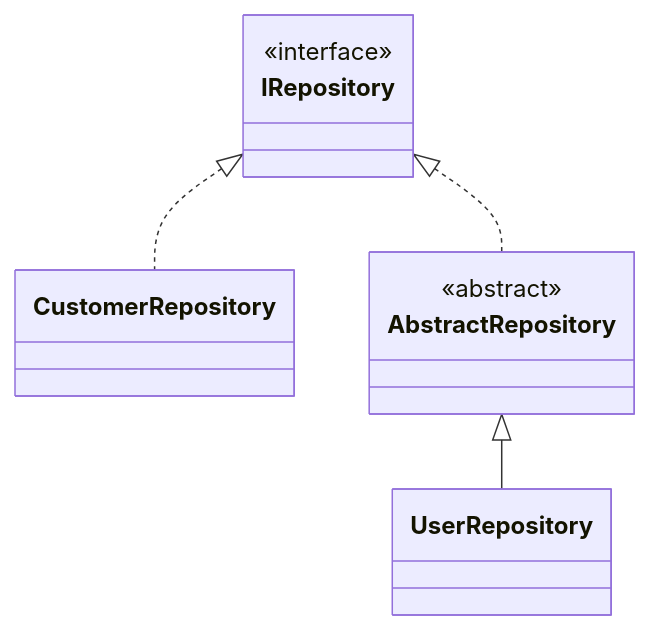
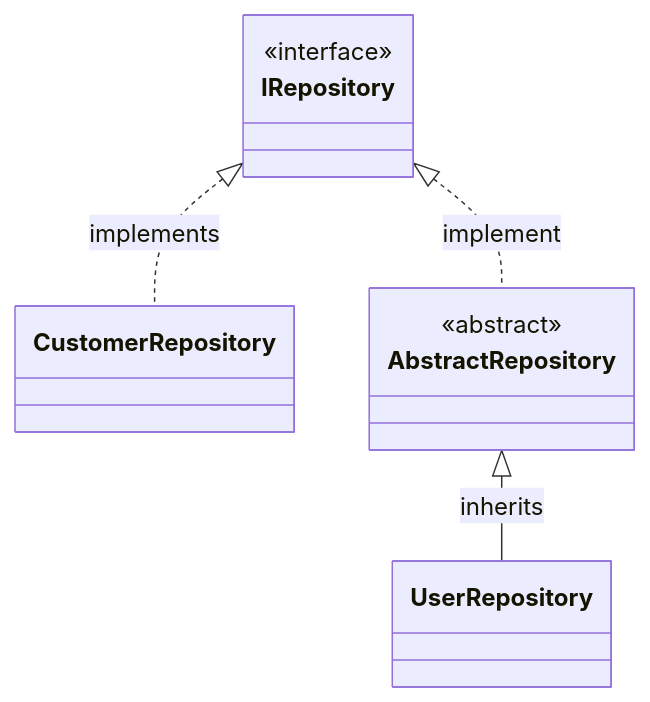
One commit to mrpmorris/Roslynject changed the diagram in Docs/Filters/RegisterClassesWithMarkerInterface.md. Above: the diagram before and after it, drawn with Mermaid. The commit also changed 2 other files, not shown here.

Commit message:
inherits / implements

````diff
--- a/Docs/Filters/RegisterClassesWithMarkerInterface.md
+++ b/Docs/Filters/RegisterClassesWithMarkerInterface.md
@@ -33,14 +33,14 @@
 ```mermaid
 classDiagram
-    IRepository <|.. CustomerRepository
-    IRepository <|.. AbstractRepository
-    AbstractRepository <|-- UserRepository
+    IRepository <|.. CustomerRepository : implements
+    IRepository <|.. AbstractRepository : implement
+    AbstractRepository <|-- UserRepository : inherits
 
     class IRepository {
         <<interface>>
     }
 
     class AbstractRepository {
         <<abstract>>
     }
 ```
````
